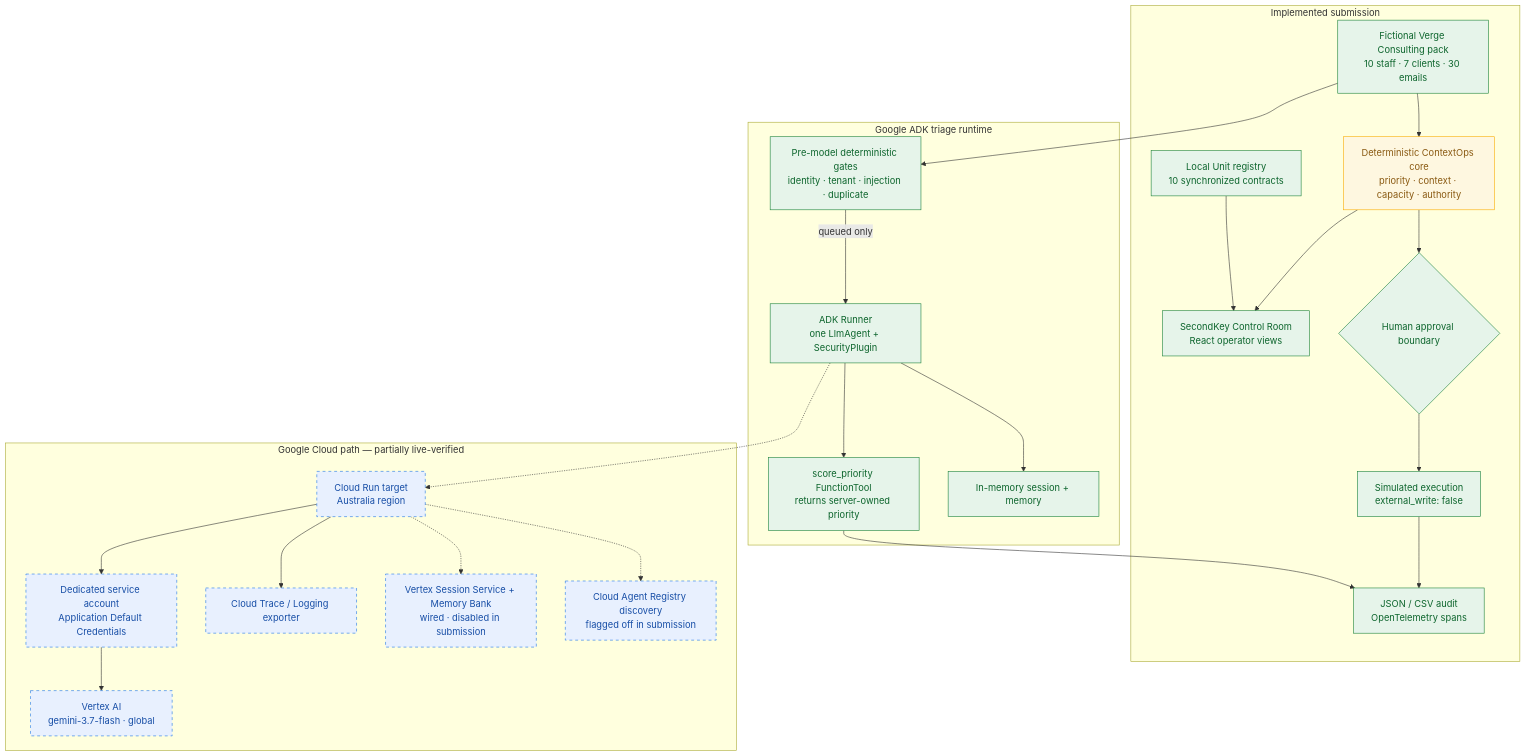
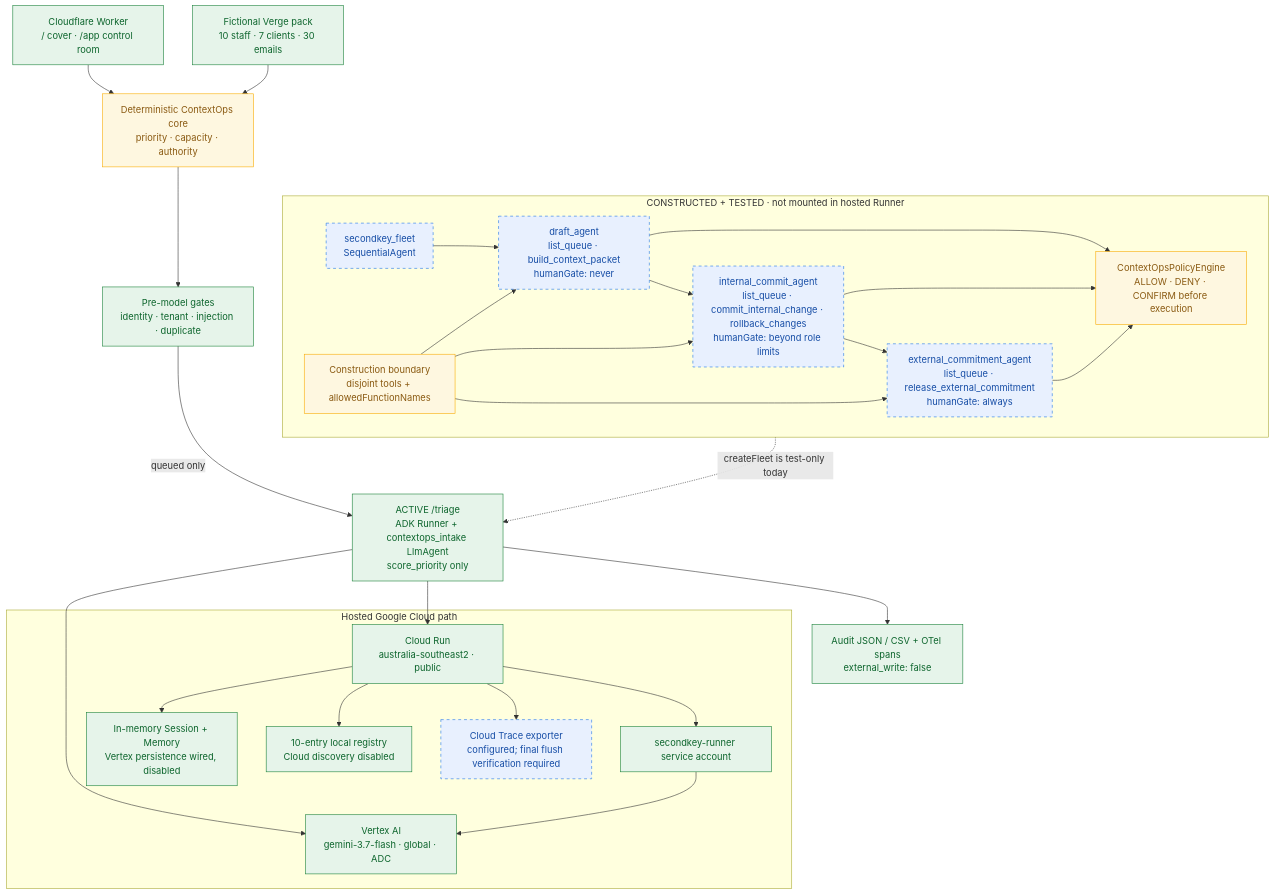
The first of 2 diagrams in ARCHITECTURE_DIAGRAM.md (vcdwio/secondkey), drawn with Mermaid before and after one commit. The commit also changed other lines of this file and 14 other files, not shown here.

Commit message:
fix: finalize SecondKey submission evidence

````diff
--- a/ARCHITECTURE_DIAGRAM.md
+++ b/ARCHITECTURE_DIAGRAM.md
@@ -13,56 +13,55 @@
 ```mermaid
 flowchart TB
-    subgraph local["Implemented submission"]
-        UI["SecondKey Control Room<br/>React operator views"]
-        DATA["Fictional Verge Consulting pack<br/>10 staff · 7 clients · 30 emails"]
-        CORE["Deterministic ContextOps core<br/>priority · context · capacity · authority"]
-        APPROVAL{"Human approval boundary"}
-        SIM["Simulated execution<br/>external_write: false"]
-        AUDIT["JSON / CSV audit<br/>OpenTelemetry spans"]
-        REG["Local Unit registry<br/>10 synchronized contracts"]
+    WEB["Cloudflare Worker<br/>/ cover · /app control room"]
+    DATA["Fictional Verge pack<br/>10 staff · 7 clients · 30 emails"]
+    CORE["Deterministic ContextOps core<br/>priority · capacity · authority"]
+    GATES["Pre-model gates<br/>identity · tenant · injection · duplicate"]
+    TRIAGE["ACTIVE /triage<br/>ADK Runner + contextops_intake LlmAgent<br/>score_priority only"]
+    VAI["Vertex AI<br/>gemini-3.7-flash · global · ADC"]
+    AUDIT["Audit JSON / CSV + OTel spans<br/>external_write: false"]
 
-        DATA --> CORE
-        CORE --> UI
-        CORE --> APPROVAL
-        APPROVAL --> SIM
-        SIM --> AUDIT
-        REG --> UI
+    WEB --> CORE
+    DATA --> CORE --> GATES
+    GATES -->|queued only| TRIAGE --> VAI
+    TRIAGE --> AUDIT
+
+    subgraph FLEET["CONSTRUCTED + TESTED · not mounted in hosted Runner"]
+      COORD["secondkey_fleet<br/>SequentialAgent"]
+      DRAFT["draft_agent<br/>list_queue · build_context_packet<br/>humanGate: never"]
+      INTERNAL["internal_commit_agent<br/>list_queue · commit_internal_change · rollback_changes<br/>humanGate: beyond role limits"]
+      EXTERNAL["external_commitment_agent<br/>list_queue · release_external_commitment<br/>humanGate: always"]
+      CONSTRUCT["Construction boundary<br/>disjoint tools + allowedFunctionNames"]
+      POLICY["ContextOpsPolicyEngine<br/>ALLOW · DENY · CONFIRM before execution"]
+
+      COORD --> DRAFT --> INTERNAL --> EXTERNAL
+      CONSTRUCT --> DRAFT
+      CONSTRUCT --> INTERNAL
+      CONSTRUCT --> EXTERNAL
+      DRAFT --> POLICY
+      INTERNAL --> POLICY
+      EXTERNAL --> POLICY
     end
 
-    subgraph agent["Google ADK triage runtime"]
-        GATES["Pre-model deterministic gates<br/>identity · tenant · injection · duplicate"]
-        RUN["ADK Runner<br/>one LlmAgent + SecurityPlugin"]
-        TOOL["score_priority FunctionTool<br/>returns server-owned priority"]
-        MEM["In-memory session + memory"]
+    FLEET -.->|createFleet is test-only today| TRIAGE
 
-        GATES -->|"queued only"| RUN
-        RUN --> TOOL
-        RUN --> MEM
+    subgraph CLOUD["Hosted Google Cloud path"]
+      CR["Cloud Run<br/>australia-southeast2 · public"]
+      SA["secondkey-runner service account"]
+      STATE["In-memory Session + Memory<br/>Vertex persistence wired, disabled"]
+      REG["10-entry local registry<br/>Cloud discovery disabled"]
+      TRACE["Cloud Trace exporter<br/>configured; final flush verification required"]
+      CR --> SA --> VAI
+      CR --> STATE
+      CR --> REG
+      CR --> TRACE
     end
 
-    DATA --> GATES
-    TOOL --> AUDIT
+    TRIAGE --> CR
 
-    subgraph cloud["Google Cloud path — partially live-verified"]
-        CR["Cloud Run target<br/>Australia region"]
-        SA["Dedicated service account<br/>Application Default Credentials"]
-        VAI["Vertex AI<br/>gemini-3.7-flash · global"]
-        TRACE["Cloud Trace / Logging exporter"]
-        PERSIST["Vertex Session Service + Memory Bank<br/>wired · disabled in submission"]
-        DISC["Cloud Agent Registry discovery<br/>flagged off in submission"]
-
-        CR --> SA --> VAI
-        CR --> TRACE
-        CR -.-> PERSIST
-        CR -.-> DISC
-    end
-
-    RUN -.-> CR
-
-    classDef verified fill:#e6f4ea,stroke:#188038,color:#0d652d
+    classDef live fill:#e6f4ea,stroke:#188038,color:#0d652d
     classDef deterministic fill:#fef7e0,stroke:#f9ab00,color:#8a5a12
     classDef prepared fill:#e8f0fe,stroke:#1a73e8,color:#174ea6,stroke-dasharray:5 5
-    class UI,DATA,APPROVAL,SIM,AUDIT,REG,GATES,RUN,TOOL,MEM verified
-    class CORE deterministic
-    class CR,SA,VAI,TRACE,PERSIST,DISC prepared
+    class WEB,DATA,GATES,TRIAGE,VAI,AUDIT,CR,SA,STATE,REG live
+    class CORE,POLICY,CONSTRUCT deterministic
+    class COORD,DRAFT,INTERNAL,EXTERNAL,TRACE prepared
 ```
````
